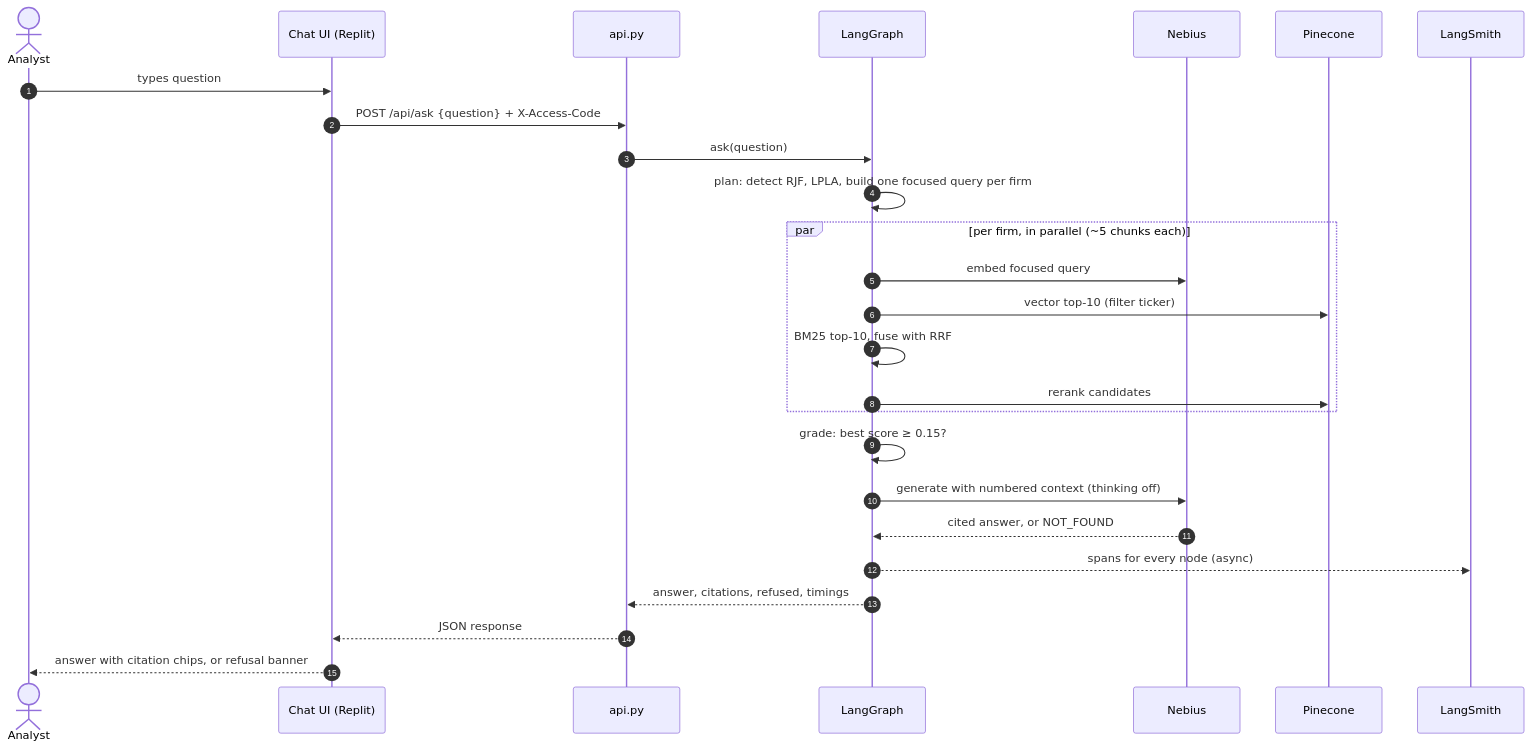
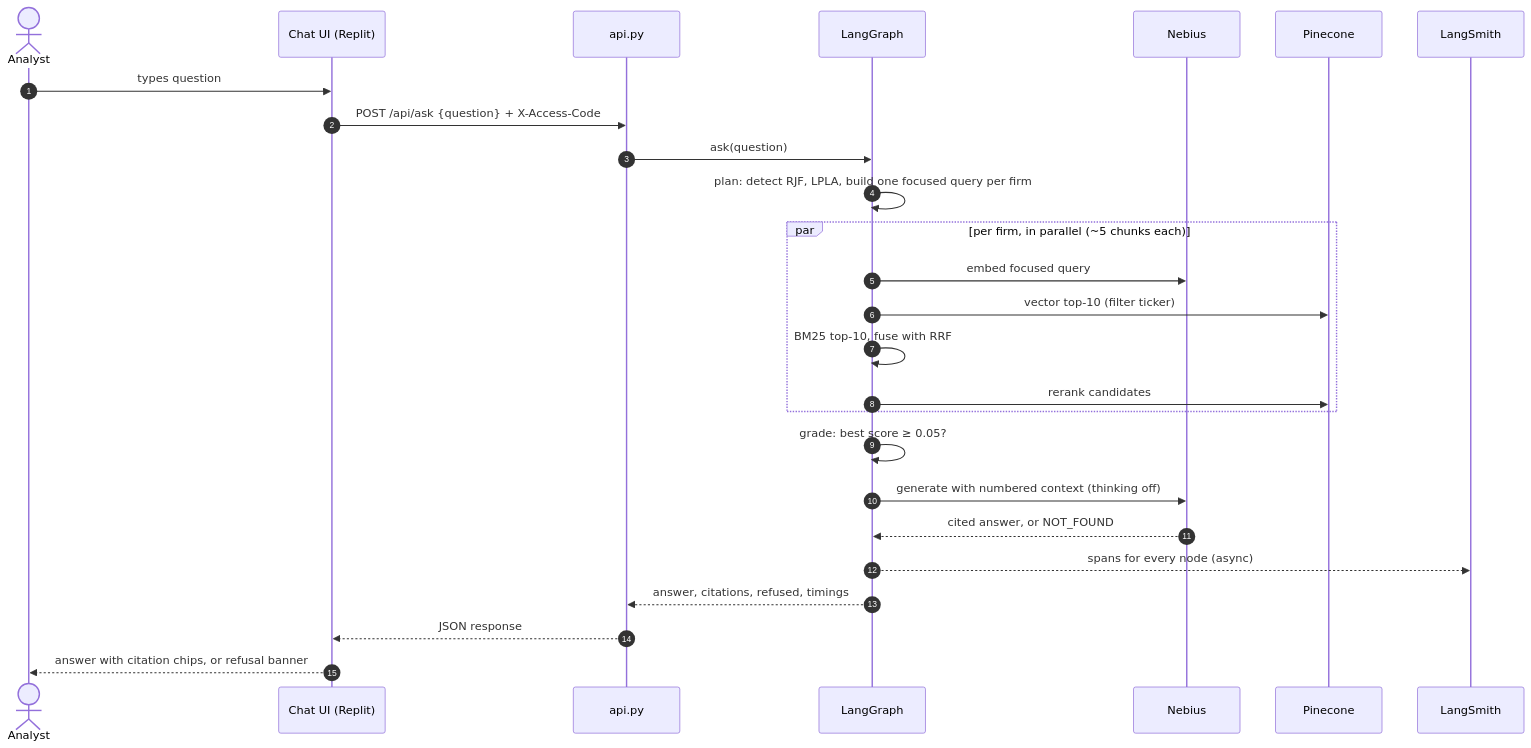
Before and after one commit to kdhandapani-hub/filing-lens: the second of 3 diagrams in docs/ARCHITECTURE.md, drawn with Mermaid. The commit also changed other lines of this file and 4 other files, not shown here.

Commit message:
Docs: Day 4 iteration log, threshold re-run, architecture marked live

````diff
--- a/docs/ARCHITECTURE.md
+++ b/docs/ARCHITECTURE.md
@@ -66,29 +66,29 @@
 ```mermaid
 sequenceDiagram
   autonumber
   actor A as Analyst
   participant UI as Chat UI (Replit)
   participant API as api.py
   participant G as LangGraph
   participant N as Nebius
   participant P as Pinecone
   participant L as LangSmith
 
   A->>UI: types question
   UI->>API: POST /api/ask {question} + X-Access-Code
   API->>G: ask(question)
   G->>G: plan: detect RJF, LPLA, build one focused query per firm
   par per firm, in parallel (~5 chunks each)
     G->>N: embed focused query
     G->>P: vector top-10 (filter ticker)
     G->>G: BM25 top-10, fuse with RRF
     G->>P: rerank candidates
   end
-  G->>G: grade: best score ≥ 0.15?
+  G->>G: grade: best score ≥ 0.05?
   G->>N: generate with numbered context (thinking off)
   N-->>G: cited answer, or NOT_FOUND
   G-->>L: spans for every node (async)
   G-->>API: answer, citations, refused, timings
   API-->>UI: JSON response
   UI-->>A: answer with citation chips, or refusal banner
 ```
````
